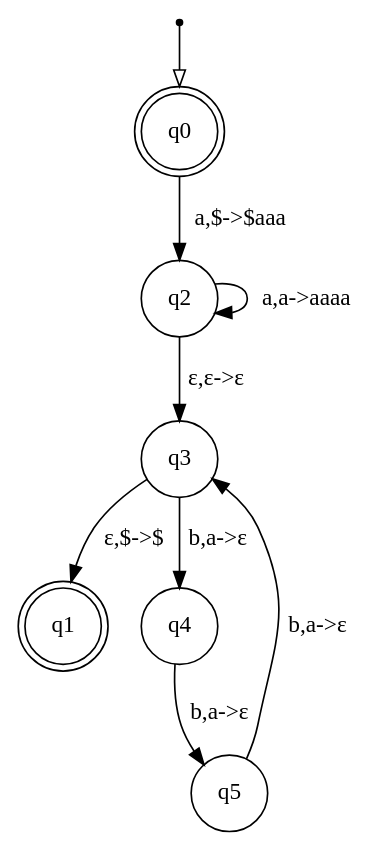
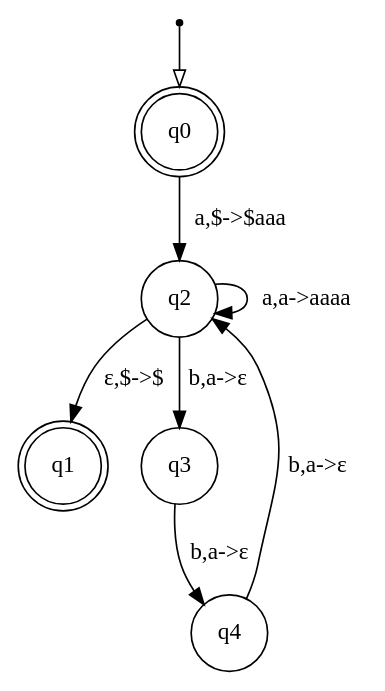
Before and after one commit to qianyouwang/cs138-hw04: the diagram in 1a.pda.pdf.dot, drawn with Graphviz. The commit also changed 2 other files, not shown here.

```diff
--- a/1a.pda.pdf.dot
+++ b/1a.pda.pdf.dot
@@ -1,18 +1,16 @@
 digraph {
   node [shape=point]; __start;
   node [shape = doublecircle]; q0;
   node [shape = doublecircle]; q1;
   node [shape = circle]; q2;
   node [shape = circle]; q3;
   node [shape = circle]; q4;
-  node [shape = circle]; q5;
 
   __start -> q0 [arrowhead = empty];
   q0 -> q2 [label = "a,$->$aaa"];
   q2 -> q2 [label = "a,a->aaaa"];
-  q2 -> q3 [label = "ε,ε->ε"];
+  q2 -> q3 [label = "b,a->ε"];
+  q2 -> q1 [label = "ε,$->$"];
   q3 -> q4 [label = "b,a->ε"];
-  q3 -> q1 [label = "ε,$->$"];
-  q4 -> q5 [label = "b,a->ε"];
-  q5 -> q3 [label = "b,a->ε"];
+  q4 -> q2 [label = "b,a->ε"];
 }
```
